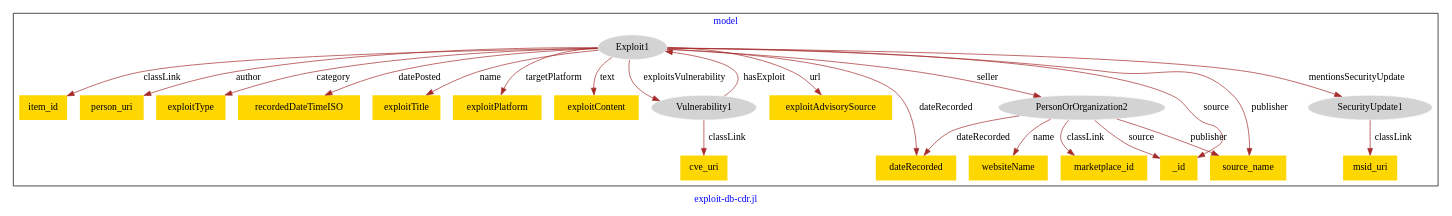
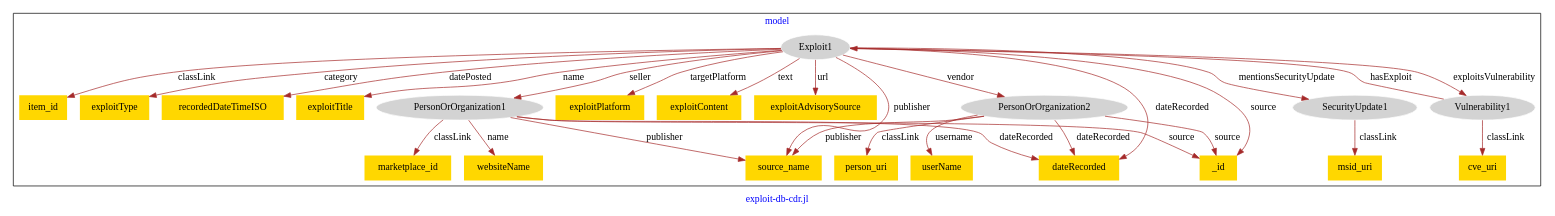
Before and after one commit to usc-isi-i2/effect-alignment: the diagram in models/asu-exploit-db/exploit-db-model.dot, drawn with Graphviz.

Commit message:
Update file exploit-db-model.dot

```diff
--- a/models/asu-exploit-db/exploit-db-model.dot
+++ b/models/asu-exploit-db/exploit-db-model.dot
@@ -1,49 +1,56 @@
 digraph n0 {
 fontcolor="blue"
 remincross="true"
 label="exploit-db-cdr.jl"
 subgraph cluster {
 label="model"
 n2[style="filled",color="white",fillcolor="lightgray",label="Exploit1"];
 n3[shape="plaintext",style="filled",fillcolor="gold",label="item_id"];
-n4[style="filled",color="white",fillcolor="lightgray",label="Vulnerability1"];
-n5[shape="plaintext",style="filled",fillcolor="gold",label="person_uri"];
-n6[shape="plaintext",style="filled",fillcolor="gold",label="exploitType"];
-n7[shape="plaintext",style="filled",fillcolor="gold",label="recordedDateTimeISO"];
-n8[shape="plaintext",style="filled",fillcolor="gold",label="exploitTitle"];
-n9[shape="plaintext",style="filled",fillcolor="gold",label="exploitPlatform"];
-n10[shape="plaintext",style="filled",fillcolor="gold",label="exploitContent"];
-n11[shape="plaintext",style="filled",fillcolor="gold",label="exploitAdvisorySource"];
-n12[style="filled",color="white",fillcolor="lightgray",label="PersonOrOrganization2"];
-n13[shape="plaintext",style="filled",fillcolor="gold",label="marketplace_id"];
-n14[shape="plaintext",style="filled",fillcolor="gold",label="websiteName"];
-n15[shape="plaintext",style="filled",fillcolor="gold",label="_id"];
-n16[style="filled",color="white",fillcolor="lightgray",label="SecurityUpdate1"];
-n17[shape="plaintext",style="filled",fillcolor="gold",label="msid_uri"];
-n18[shape="plaintext",style="filled",fillcolor="gold",label="cve_uri"];
-n19[shape="plaintext",style="filled",fillcolor="gold",label="source_name"];
-n20[shape="plaintext",style="filled",fillcolor="gold",label="dateRecorded"];
+n4[shape="plaintext",style="filled",fillcolor="gold",label="exploitType"];
+n5[shape="plaintext",style="filled",fillcolor="gold",label="recordedDateTimeISO"];
+n6[shape="plaintext",style="filled",fillcolor="gold",label="exploitTitle"];
+n7[shape="plaintext",style="filled",fillcolor="gold",label="source_name"];
+n8[shape="plaintext",style="filled",fillcolor="gold",label="exploitPlatform"];
+n9[shape="plaintext",style="filled",fillcolor="gold",label="exploitContent"];
+n10[shape="plaintext",style="filled",fillcolor="gold",label="exploitAdvisorySource"];
+n11[style="filled",color="white",fillcolor="lightgray",label="PersonOrOrganization1"];
+n12[shape="plaintext",style="filled",fillcolor="gold",label="marketplace_id"];
+n13[shape="plaintext",style="filled",fillcolor="gold",label="websiteName"];
+n14[style="filled",color="white",fillcolor="lightgray",label="PersonOrOrganization2"];
+n15[shape="plaintext",style="filled",fillcolor="gold",label="person_uri"];
+n16[shape="plaintext",style="filled",fillcolor="gold",label="userName"];
+n17[style="filled",color="white",fillcolor="lightgray",label="SecurityUpdate1"];
+n18[shape="plaintext",style="filled",fillcolor="gold",label="msid_uri"];
+n19[style="filled",color="white",fillcolor="lightgray",label="Vulnerability1"];
+n20[shape="plaintext",style="filled",fillcolor="gold",label="cve_uri"];
+n21[shape="plaintext",style="filled",fillcolor="gold",label="dateRecorded"];
+n22[shape="plaintext",style="filled",fillcolor="gold",label="_id"];
 }
 n2 -> n3[color="brown",fontcolor="black",label="classLink"]
-n2 -> n4[color="brown",fontcolor="black",label="exploitsVulnerability"]
-n2 -> n5[color="brown",fontcolor="black",label="author"]
-n2 -> n6[color="brown",fontcolor="black",label="category"]
-n2 -> n7[color="brown",fontcolor="black",label="datePosted"]
-n2 -> n8[color="brown",fontcolor="black",label="name"]
-n2 -> n9[color="brown",fontcolor="black",label="targetPlatform"]
-n2 -> n10[color="brown",fontcolor="black",label="text"]
-n2 -> n11[color="brown",fontcolor="black",label="url"]
-n12 -> n13[color="brown",fontcolor="black",label="classLink"]
-n12 -> n14[color="brown",fontcolor="black",label="name"]
-n12 -> n15[color="brown",fontcolor="black",label="source"]
-n16 -> n17[color="brown",fontcolor="black",label="classLink"]
-n4 -> n18[color="brown",fontcolor="black",label="classLink"]
-n2 -> n15[color="brown",fontcolor="black",label="source"]
-n2 -> n16[color="brown",fontcolor="black",label="mentionsSecurityUpdate"]
-n2 -> n12[color="brown",fontcolor="black",label="seller"]
-n2 -> n19[color="brown",fontcolor="black",label="publisher"]
-n12 -> n19[color="brown",fontcolor="black",label="publisher"]
-n12 -> n20[color="brown",fontcolor="black",label="dateRecorded"]
-n4 -> n2[color="brown",fontcolor="black",label="hasExploit"]
-n2 -> n20[color="brown",fontcolor="black",label="dateRecorded"]
+n2 -> n4[color="brown",fontcolor="black",label="category"]
+n2 -> n5[color="brown",fontcolor="black",label="datePosted"]
+n2 -> n6[color="brown",fontcolor="black",label="name"]
+n2 -> n7[color="brown",fontcolor="black",label="publisher"]
+n2 -> n8[color="brown",fontcolor="black",label="targetPlatform"]
+n2 -> n9[color="brown",fontcolor="black",label="text"]
+n2 -> n10[color="brown",fontcolor="black",label="url"]
+n11 -> n12[color="brown",fontcolor="black",label="classLink"]
+n11 -> n13[color="brown",fontcolor="black",label="name"]
+n11 -> n7[color="brown",fontcolor="black",label="publisher"]
+n14 -> n15[color="brown",fontcolor="black",label="classLink"]
+n14 -> n16[color="brown",fontcolor="black",label="username"]
+n14 -> n7[color="brown",fontcolor="black",label="publisher"]
+n17 -> n18[color="brown",fontcolor="black",label="classLink"]
+n19 -> n20[color="brown",fontcolor="black",label="classLink"]
+n2 -> n11[color="brown",fontcolor="black",label="seller"]
+n2 -> n17[color="brown",fontcolor="black",label="mentionsSecurityUpdate"]
+n2 -> n14[color="brown",fontcolor="black",label="vendor"]
+n14 -> n21[color="brown",fontcolor="black",label="dateRecorded"]
+n11 -> n21[color="brown",fontcolor="black",label="dateRecorded"]
+n2 -> n22[color="brown",fontcolor="black",label="source"]
+n19 -> n2[color="brown",fontcolor="black",label="hasExploit"]
+n11 -> n22[color="brown",fontcolor="black",label="source"]
+n14 -> n22[color="brown",fontcolor="black",label="source"]
+n2 -> n19[color="brown",fontcolor="black",label="exploitsVulnerability"]
+n2 -> n21[color="brown",fontcolor="black",label="dateRecorded"]
 }
```
